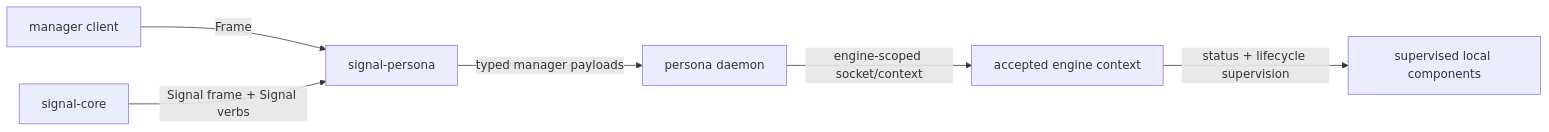
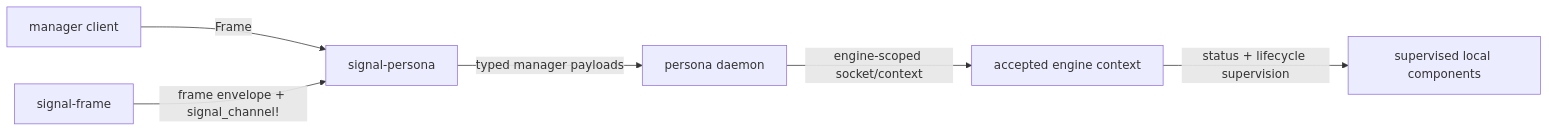
One commit to LiGoldragon/signal-persona changed the diagram in ARCHITECTURE.md. Above: the diagram before and after it, drawn with Mermaid. The commit also changed other lines of this file and 1 other file, not shown here.

Commit message:
signal-persona: align ARCH + skills with three-layer model per /246-v4 (signal-core -> signal-frame; classification-only Sema)

````diff
--- a/ARCHITECTURE.md
+++ b/ARCHITECTURE.md
@@ -66,15 +66,15 @@
 ```mermaid
 flowchart LR
     client["manager client"]
     contract["signal-persona"]
-    core["signal-core"]
+    frame["signal-frame"]
     daemon["persona daemon"]
     engine["accepted engine context"]
     components["supervised local components"]
 
     client -->|"Frame<EngineOperation, EngineReply>"| contract
-    core -->|"Signal frame + Signal verbs"| contract
+    frame -->|"frame envelope + signal_channel!"| contract
     contract -->|"typed manager payloads"| daemon
     daemon -->|"engine-scoped socket/context"| engine
     engine -->|"status + lifecycle supervision"| components
 ```
````
